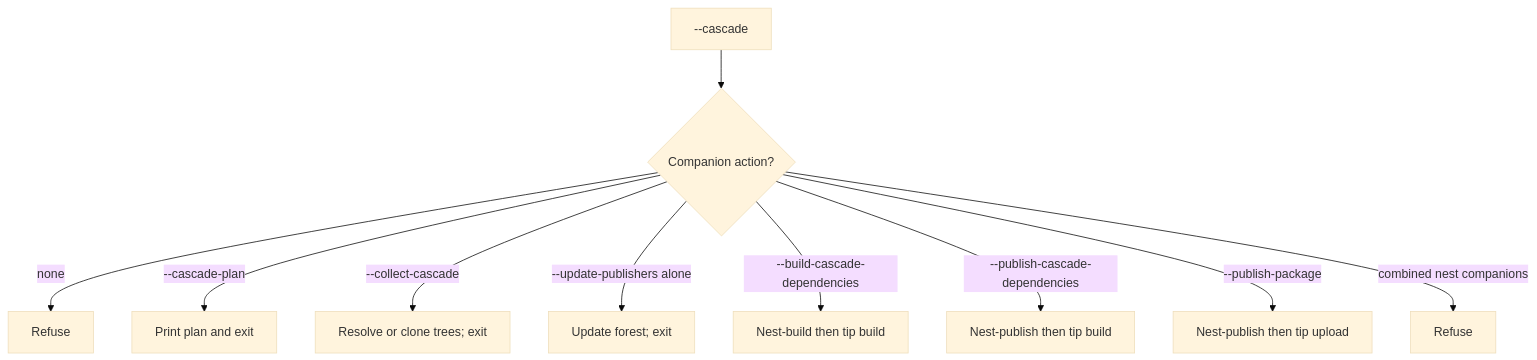
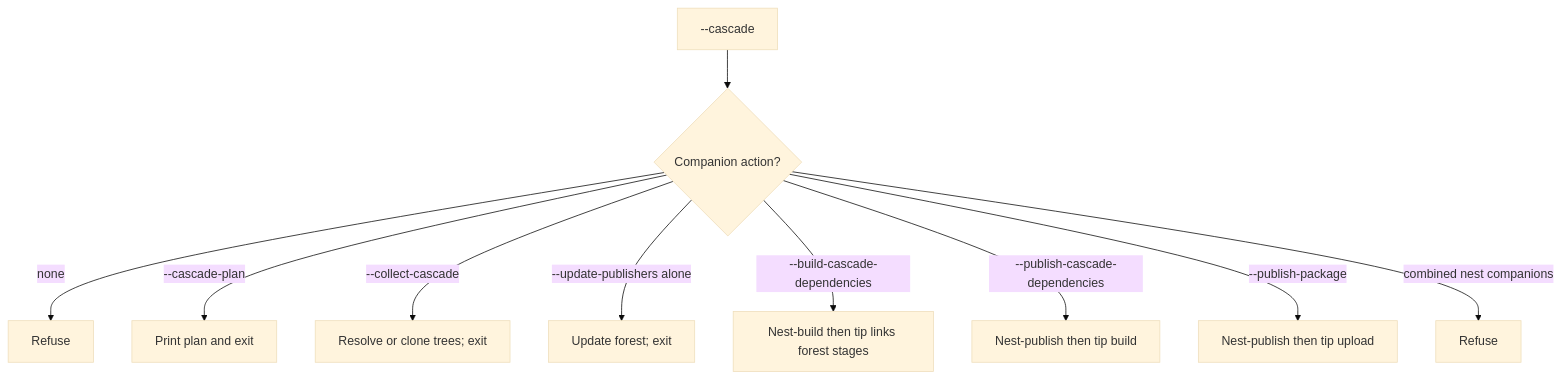
One commit to ja11sop/cuppa changed the first of 4 diagrams in docs/modules/ROOT/pages/dependencies/publishing/cascade.adoc. Above: the diagram before and after it, drawn with Mermaid (base theme). The commit also changed other lines of this file and 49 other files, not shown here.

First line of the commit message:
Named GitLab package library groups + cascade amend / tip-consume (#373)

```diff
--- a/docs/modules/ROOT/pages/dependencies/publishing/cascade.adoc
+++ b/docs/modules/ROOT/pages/dependencies/publishing/cascade.adoc
@@ -114,14 +129,14 @@
 [mermaid]
 ....
 flowchart TD
   enable["--cascade"]
   enable --> choose{Companion action?}
   choose -->|none| refuse[Refuse]
   choose -->|--cascade-plan| plan[Print plan and exit]
   choose -->|--collect-cascade| collect[Resolve or clone trees; exit]
   choose -->|--update-publishers alone| update[Update forest; exit]
-  choose -->|--build-cascade-dependencies| nestBuildOnly[Nest-build then tip build]
+  choose -->|--build-cascade-dependencies| nestBuildOnly[Nest-build then tip links forest stages]
   choose -->|--publish-cascade-dependencies| nestPublishBuild[Nest-publish then tip build]
   choose -->|--publish-package| nestUpload[Nest-publish then tip upload]
   choose -->|combined nest companions| refuseBoth[Refuse]
 ....
```
